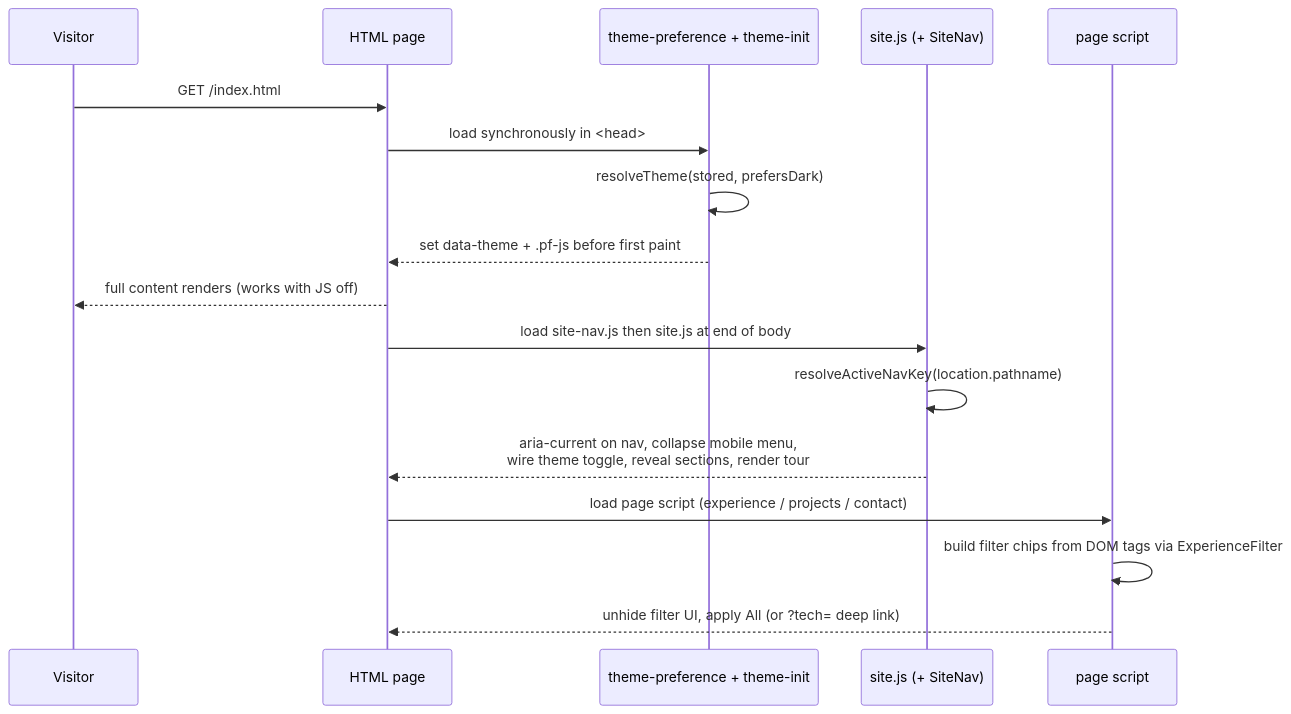
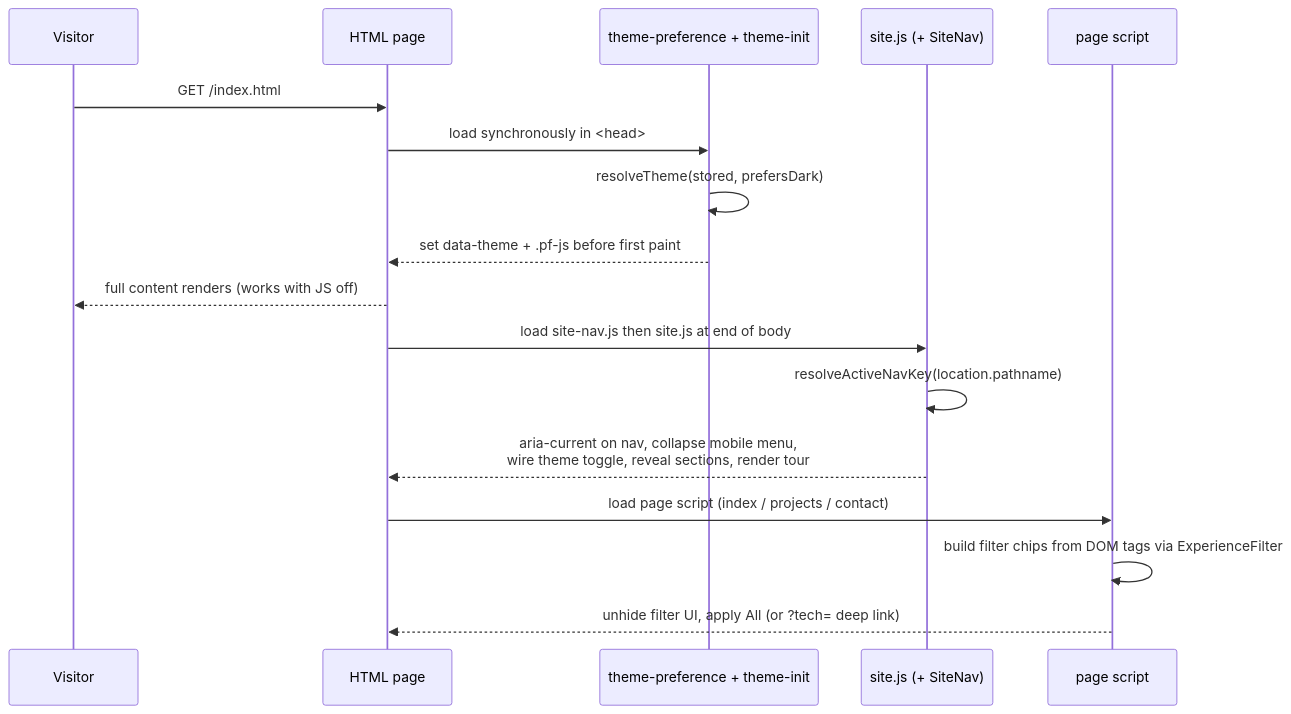
One commit to Jamieatucker/portfolio changed the second of 2 diagrams in docs/architecture.md. Above: the diagram before and after it, drawn with Mermaid. The commit also changed other lines of this file and 13 other files, not shown here.

````diff
--- a/docs/architecture.md
+++ b/docs/architecture.md
@@ -72,20 +71,20 @@
 ```mermaid
 sequenceDiagram
     participant U as Visitor
     participant H as HTML page
     participant T as theme-preference + theme-init
     participant S as site.js (+ SiteNav)
     participant P as page script
 
     U->>H: GET /index.html
     H->>T: load synchronously in <head>
     T->>T: resolveTheme(stored, prefersDark)
     T-->>H: set data-theme + .pf-js before first paint
     H-->>U: full content renders (works with JS off)
     H->>S: load site-nav.js then site.js at end of body
     S->>S: resolveActiveNavKey(location.pathname)
     S-->>H: aria-current on nav, collapse mobile menu,<br/>wire theme toggle, reveal sections, render tour
-    H->>P: load page script (experience / projects / contact)
+    H->>P: load page script (index / projects / contact)
     P->>P: build filter chips from DOM tags via ExperienceFilter
     P-->>H: unhide filter UI, apply All (or ?tech= deep link)
 ```
````
